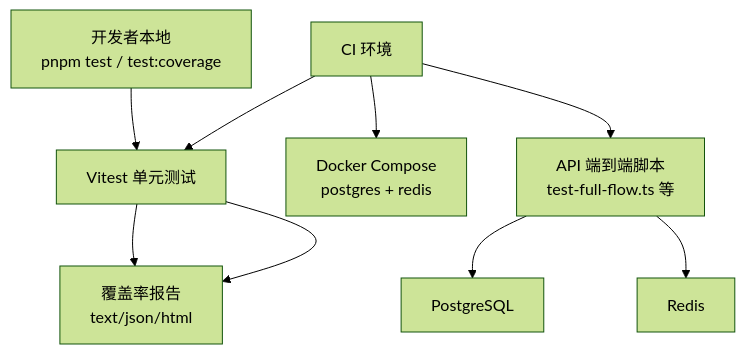
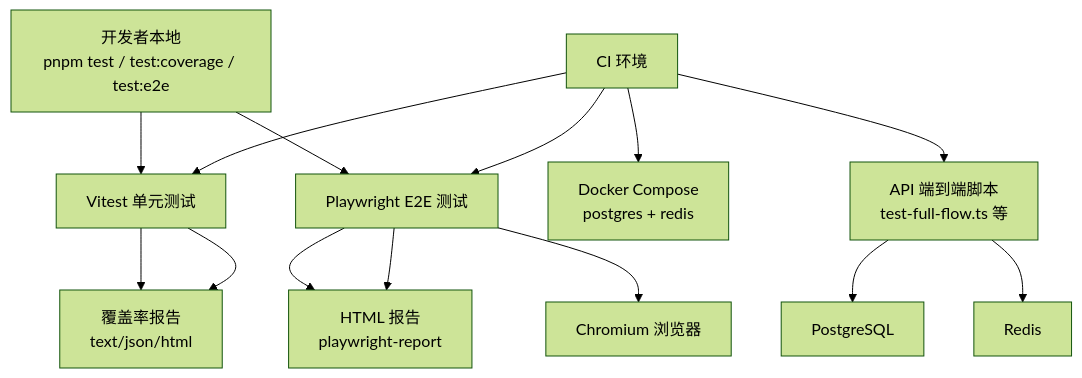
One commit to EverettCamus/HeartRule-Qoder changed the second of 7 diagrams in .qoder/repowiki/zh/content/测试策略/测试自动化.md. Above: the diagram before and after it, drawn with Mermaid (forest theme). The commit also changed other lines of this file and 40 other files, not shown here.

````diff
--- a/.qoder/repowiki/zh/content/测试策略/测试自动化.md
+++ b/.qoder/repowiki/zh/content/测试策略/测试自动化.md
@@ -101,11 +126,16 @@
 ```mermaid
 graph TB
-Dev["开发者本地<br/>pnpm test / test:coverage"] --> Unit["Vitest 单元测试"]
+Dev["开发者本地<br/>pnpm test / test:coverage / test:e2e"] --> Unit["Vitest 单元测试"]
+Dev --> E2E["Playwright E2E 测试"]
 Unit --> Cov["覆盖率报告<br/>text/json/html"]
+E2E --> Report["HTML 报告<br/>playwright-report"]
 CI["CI 环境"] --> Compose["Docker Compose<br/>postgres + redis"]
 CI --> APITest["API 端到端脚本<br/>test-full-flow.ts 等"]
 CI --> Unit
+CI --> E2E
 APITest --> DB["PostgreSQL"]
 APITest --> Cache["Redis"]
+E2E --> Browser["Chromium 浏览器"]
 Unit --> Cov
+E2E --> Report
 ```
````
